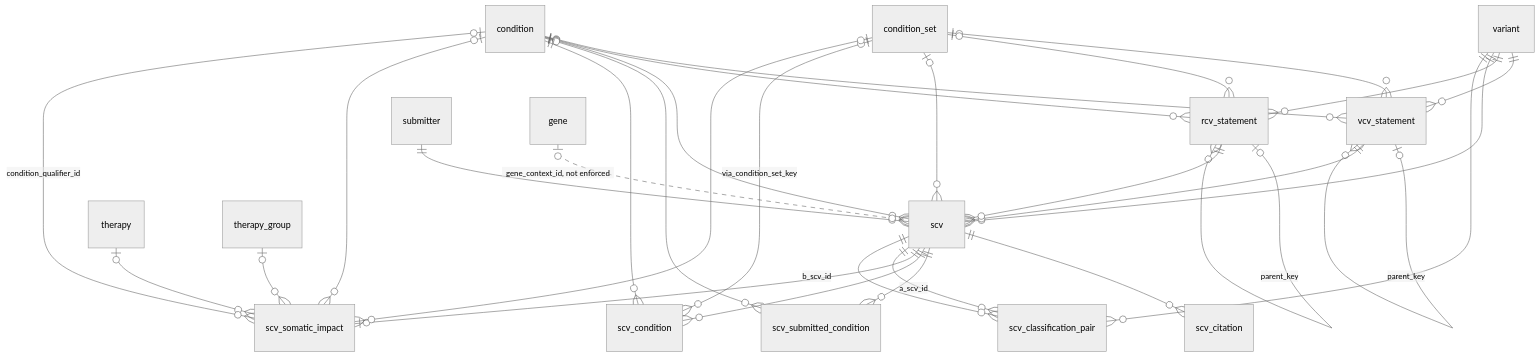
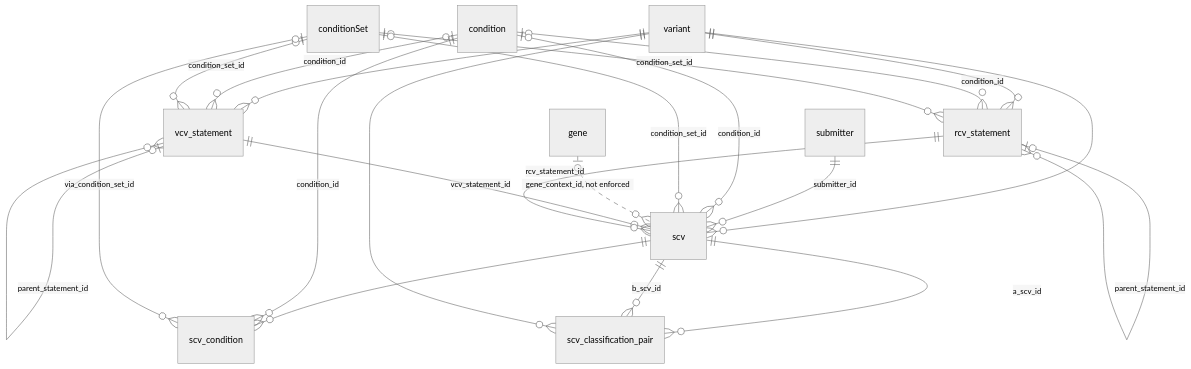
The second of 2 diagrams in docs/schema.md (clingen-data-model/clinvar-gkm-browser), drawn with Mermaid (neutral theme) before and after one commit. The commit also changed other lines of this file and 50 other files, not shown here.

````diff
--- a/docs/schema.md
+++ b/docs/schema.md
@@ -101,33 +115,24 @@
 ```mermaid
 erDiagram
   variant ||--o{ vcv_statement : ""
-  vcv_statement |o--o{ vcv_statement : "parent_key"
-  condition |o--o{ vcv_statement : ""
-  condition_set |o--o{ vcv_statement : ""
+  vcv_statement |o--o{ vcv_statement : "parent_statement_id"
+  condition |o--o{ vcv_statement : "condition_id"
+  conditionSet |o--o{ vcv_statement : "condition_set_id"
   variant ||--o{ rcv_statement : ""
-  rcv_statement |o--o{ rcv_statement : "parent_key"
-  condition |o--o{ rcv_statement : ""
-  condition_set |o--o{ rcv_statement : ""
+  rcv_statement |o--o{ rcv_statement : "parent_statement_id"
+  condition |o--o{ rcv_statement : "condition_id"
+  conditionSet |o--o{ rcv_statement : "condition_set_id"
   variant ||--o{ scv : ""
-  submitter ||--o{ scv : ""
-  condition |o--o{ scv : ""
-  condition_set |o--o{ scv : ""
+  submitter ||--o{ scv : "submitter_id"
+  condition |o--o{ scv : "condition_id"
+  conditionSet |o--o{ scv : "condition_set_id"
   gene |o..o{ scv : "gene_context_id, not enforced"
-  vcv_statement ||--o{ scv : ""
-  rcv_statement ||--o{ scv : ""
-  scv ||--o{ scv_citation : ""
-  scv ||--o{ scv_submitted_condition : ""
-  condition |o--o{ scv_submitted_condition : ""
+  vcv_statement ||--o{ scv : "vcv_statement_id"
+  rcv_statement ||--o{ scv : "rcv_statement_id"
   scv ||--o{ scv_condition : ""
-  condition ||--o{ scv_condition : ""
-  condition_set |o--o{ scv_condition : "via_condition_set_key"
-  scv ||--o| scv_somatic_impact : ""
-  condition |o--o{ scv_somatic_impact : ""
-  condition_set |o--o{ scv_somatic_impact : ""
-  therapy |o--o{ scv_somatic_impact : ""
-  therapy_group |o--o{ scv_somatic_impact : ""
-  condition |o--o{ scv_somatic_impact : "condition_qualifier_id"
+  condition ||--o{ scv_condition : "condition_id"
+  conditionSet |o--o{ scv_condition : "via_condition_set_id"
   scv ||--o{ scv_classification_pair : "a_scv_id"
   scv ||--o{ scv_classification_pair : "b_scv_id"
   variant ||--o{ scv_classification_pair : ""
 ```
````
